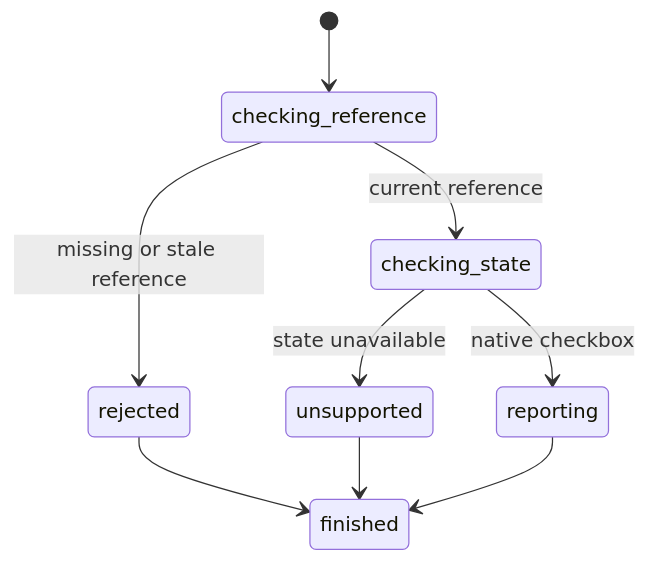
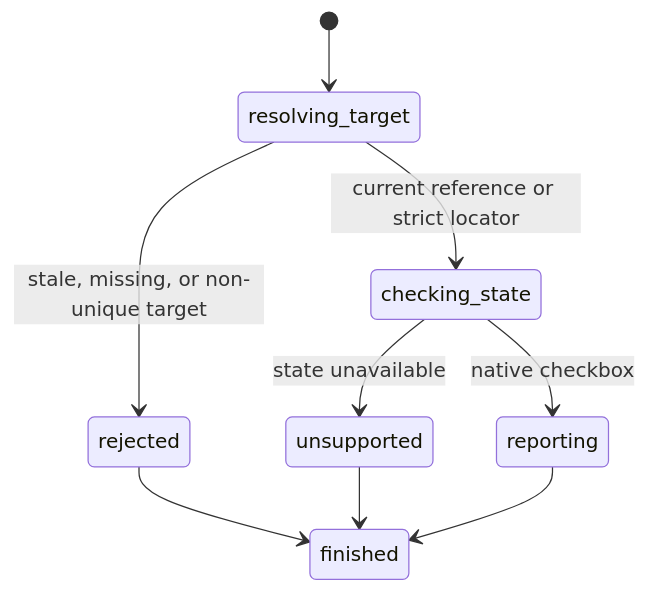
Before and after one commit to thoriqakbar0/browser.jr: the diagram in inspection/read-checked.md, drawn with Mermaid. The commit also changed other lines of this file and 45 other files, not shown here.

````diff
--- a/inspection/read-checked.md
+++ b/inspection/read-checked.md
@@ -19,11 +19,11 @@
 ```mermaid
 stateDiagram-v2
-    [*] --> checking_reference
-    checking_reference --> rejected : missing or stale reference
-    checking_reference --> checking_state : current reference
+    [*] --> resolving_target
+    resolving_target --> rejected : stale, missing, or non-unique target
+    resolving_target --> checking_state : current reference or strict locator
     checking_state --> unsupported : state unavailable
     checking_state --> reporting : native checkbox
     reporting --> finished
     rejected --> finished
     unsupported --> finished
 ```
````
